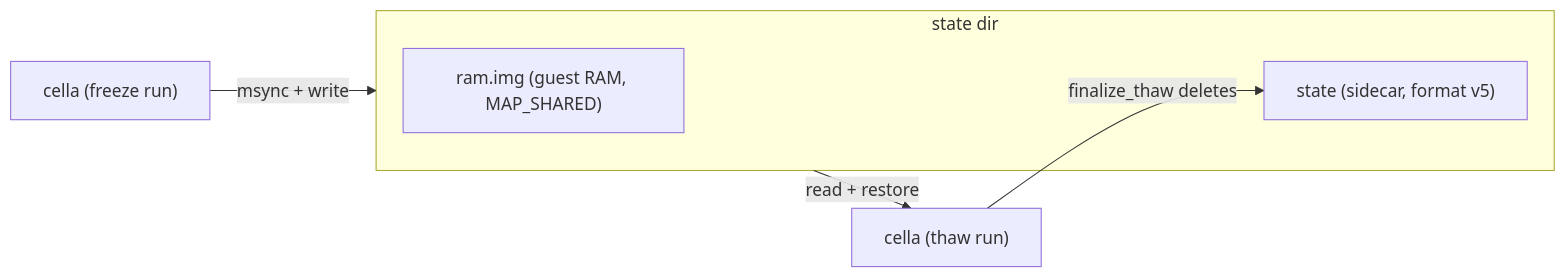
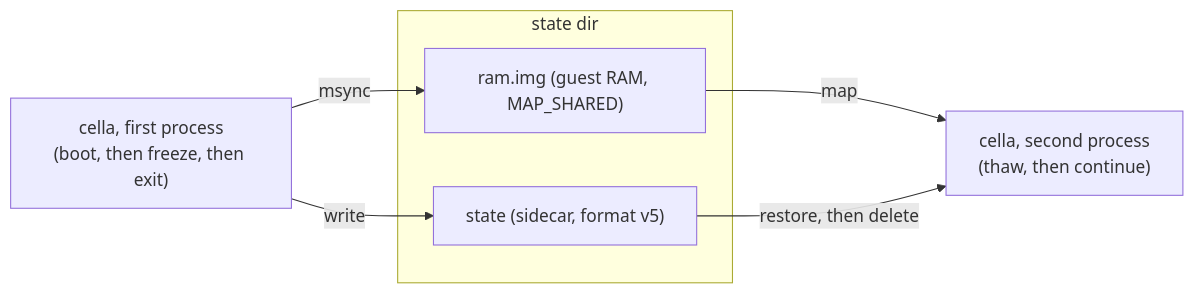
The second of 6 diagrams in docs/FREEZE-THAW.md (omne-earth/cella), drawn with Mermaid before and after one commit. The commit also changed other lines of this file, not shown here.

First line of the commit message:
Draw the freeze and thaw lifecycle as states and events

````diff
--- a/docs/FREEZE-THAW.md
+++ b/docs/FREEZE-THAW.md
@@ -57,10 +75,11 @@
 ```mermaid
 flowchart LR
+    C1["cella, first process<br/>(boot, then freeze, then exit)"] -->|"msync"| RAM
+    C1 -->|"write"| SC
     subgraph state["state dir"]
         RAM["ram.img (guest RAM, MAP_SHARED)"]
         SC["state (sidecar, format v5)"]
     end
-    C1["cella (freeze run)"] -->|msync + write| state
-    state -->|read + restore| C2["cella (thaw run)"]
-    C2 -->|finalize_thaw deletes| SC
+    RAM -->|"map"| C2["cella, second process<br/>(thaw, then continue)"]
+    SC -->|"restore, then delete"| C2
 ```
````
